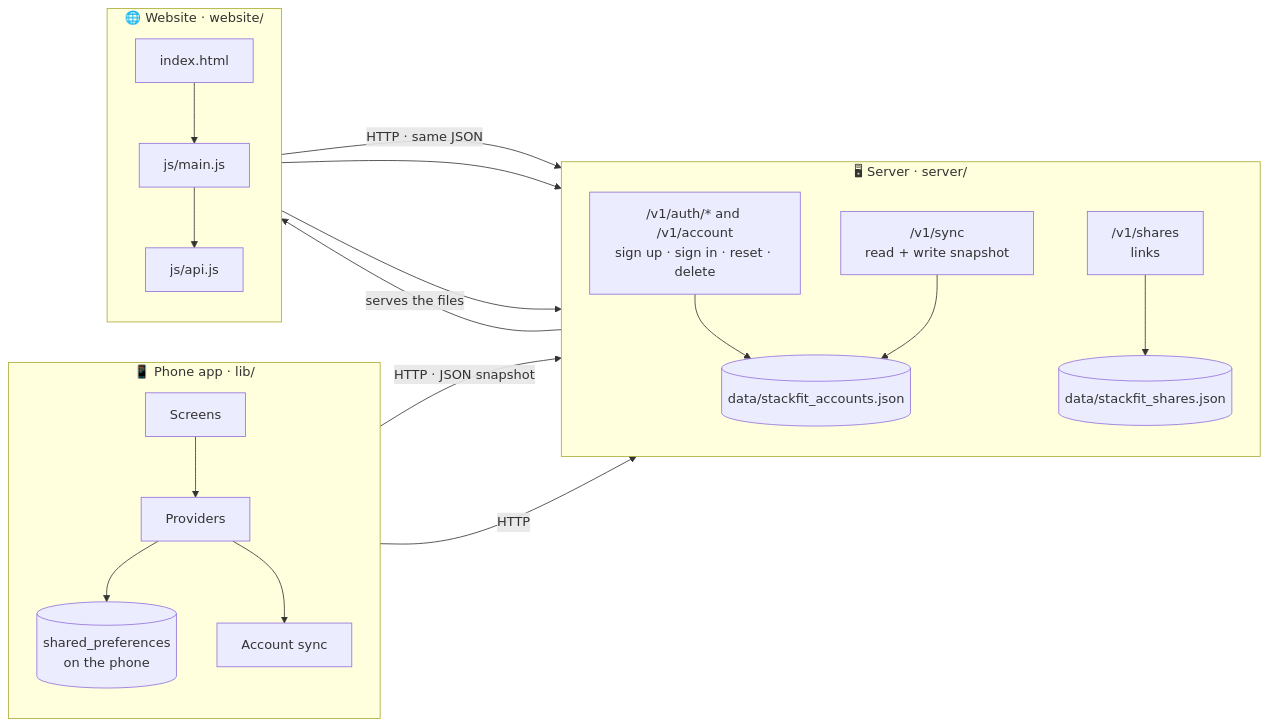
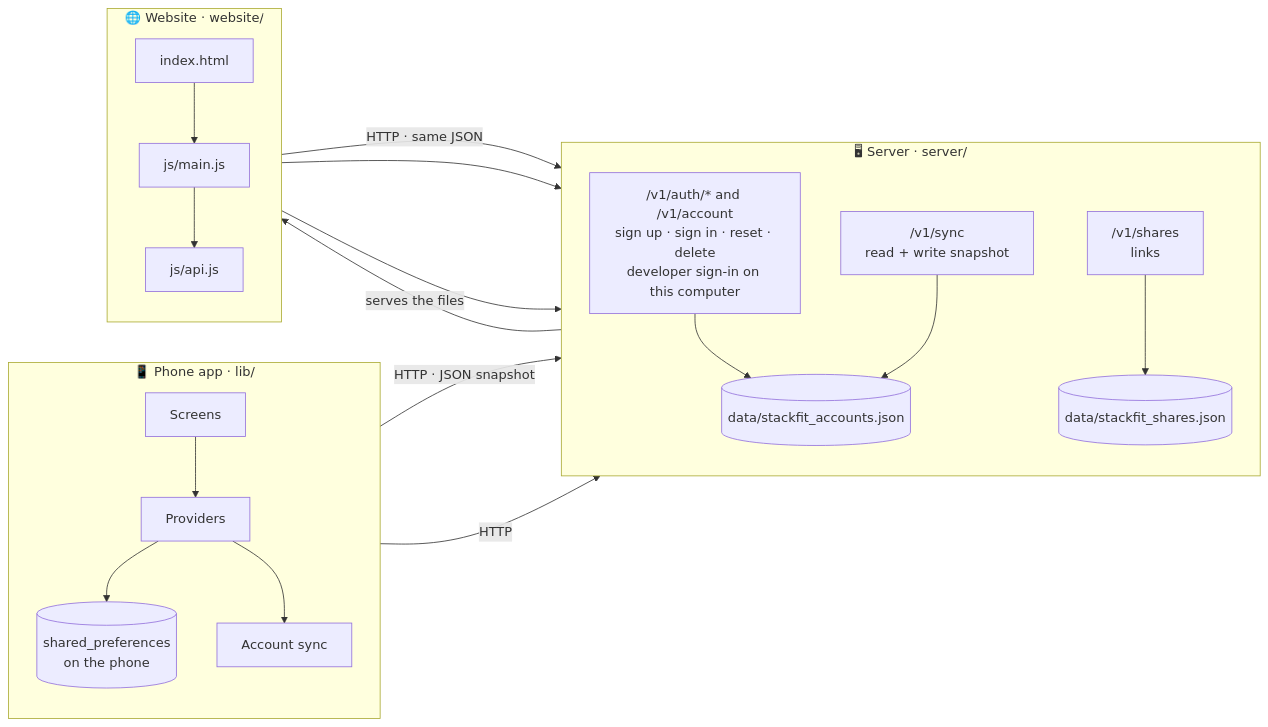
The first of 6 diagrams in GUIDE.md (kuikai/stackfit), drawn with Mermaid before and after one commit. The commit also changed other lines of this file and 74 other files, not shown here.

````diff
--- a/GUIDE.md
+++ b/GUIDE.md
@@ -15,39 +15,39 @@
 ```mermaid
 flowchart LR
   subgraph Phone["📱 Phone app · lib/"]
     direction TB
     A1[Screens]
     A2[Providers]
     A3[Account sync]
     A4[(shared_preferences<br/>on the phone)]
     A1 --> A2 --> A4
     A2 --> A3
   end
 
   subgraph Server["🖥 Server · server/"]
     direction TB
-    B1["/v1/auth/* and /v1/account<br/>sign up · sign in · reset · delete"]
+    B1["/v1/auth/* and /v1/account<br/>sign up · sign in · reset · delete<br/>developer sign-in on this computer"]
     B2["/v1/sync<br/>read + write snapshot"]
     B3["/v1/shares<br/>links"]
     B4[(data/stackfit_accounts.json)]
     B5[(data/stackfit_shares.json)]
     B1 --> B4
     B2 --> B4
     B3 --> B5
   end
 
   subgraph Web["🌐 Website · website/"]
     direction TB
     C1[index.html]
     C2[js/main.js]
     C3[js/api.js]
     C1 --> C2 --> C3
   end
 
   A3 -- "HTTP · JSON snapshot" --> B2
   A3 -- "HTTP" --> B1
   C3 -- "HTTP · same JSON" --> B1
   C3 --> B2
   C3 --> B3
   Server -- "serves the files" --> Web
 ```
````
